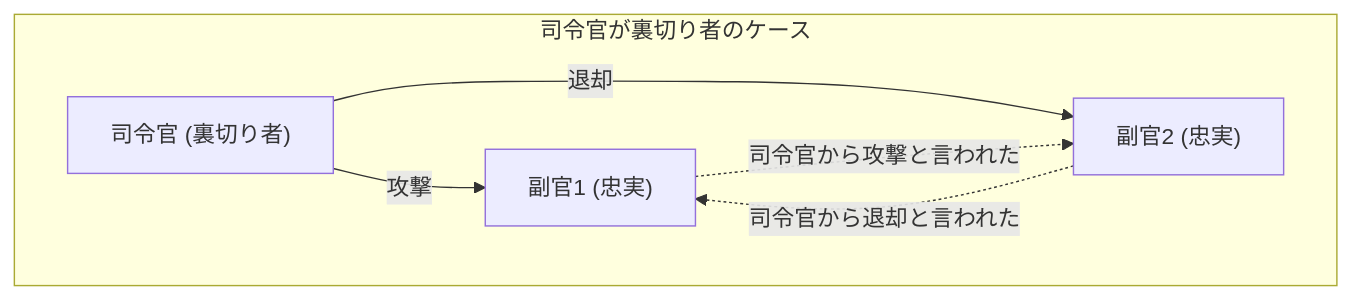
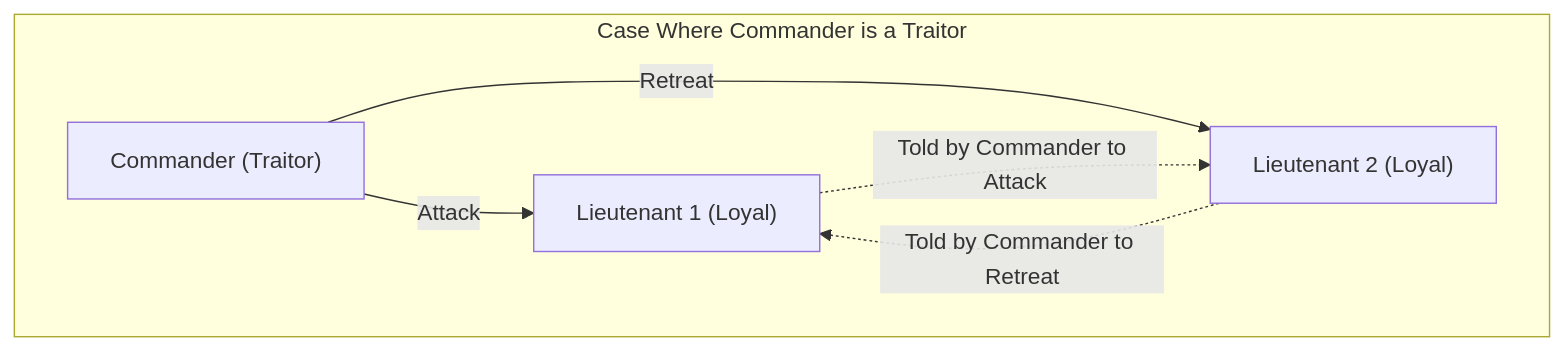
Before and after one commit to kenjinote/blog: the first of 4 diagrams in content/post/byzantine-generals-problem/index.en.md, drawn with Mermaid. The commit also changed other lines of this file and 28 other files, not shown here.

Commit message:
Translate Japanese text inside Mermaid diagrams to respective languages

````diff
--- a/content/post/byzantine-generals-problem/index.en.md
+++ b/content/post/byzantine-generals-problem/index.en.md
@@ -34,9 +34,9 @@
 ```mermaid
 graph TD
-subgraph "司令官が裏切り者のケース"
-    C["司令官 (裏切り者)"] -->|"攻撃"| L1["副官1 (忠実)"]
-    C -->|"退却"| L2["副官2 (忠実)"]
-    L1 -.->|"司令官から攻撃と言われた"| L2
-    L2 -.->|"司令官から退却と言われた"| L1
+subgraph "Case Where Commander is a Traitor"
+    C["Commander (Traitor)"] -->|"Attack"| L1["Lieutenant 1 (Loyal)"]
+    C -->|"Retreat"| L2["Lieutenant 2 (Loyal)"]
+    L1 -.->|"Told by Commander to Attack"| L2
+    L2 -.->|"Told by Commander to Retreat"| L1
 end
 ```
````
